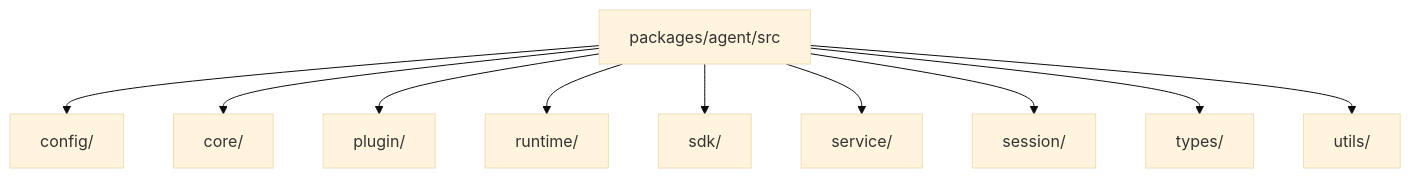
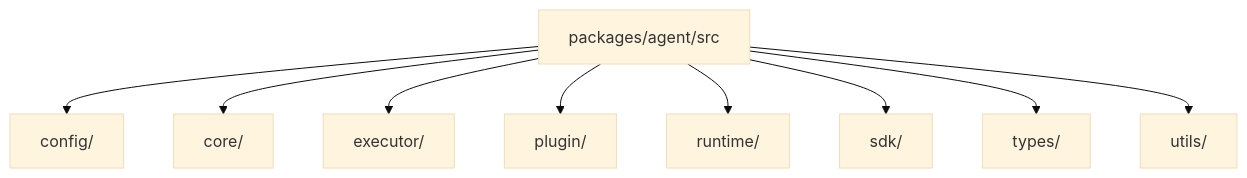
One commit to wangenius/downcity changed the diagram in homepage/content/devdocs/en/package/module-breakdown.mdx. Above: the diagram before and after it, drawn with Mermaid (base theme). The commit also changed other lines of this file and 433 other files, not shown here.

Commit message:
refactor(agent,city): unify plugin-session architecture

````diff
--- a/homepage/content/devdocs/en/package/module-breakdown.mdx
+++ b/homepage/content/devdocs/en/package/module-breakdown.mdx
@@ -25,12 +21,11 @@
 ```mermaid
 flowchart TD
   ROOT["packages/agent/src"] --> CONFIG["config/"]
   ROOT --> CORE["core/"]
+  ROOT --> EXEC["executor/"]
   ROOT --> PLUGIN["plugin/"]
   ROOT --> RUNTIME["runtime/"]
   ROOT --> SDK["sdk/"]
-  ROOT --> SERVICE["service/"]
-  ROOT --> SESSION["session/"]
   ROOT --> TYPES["types/"]
   ROOT --> UTILS["utils/"]
 ```
````
